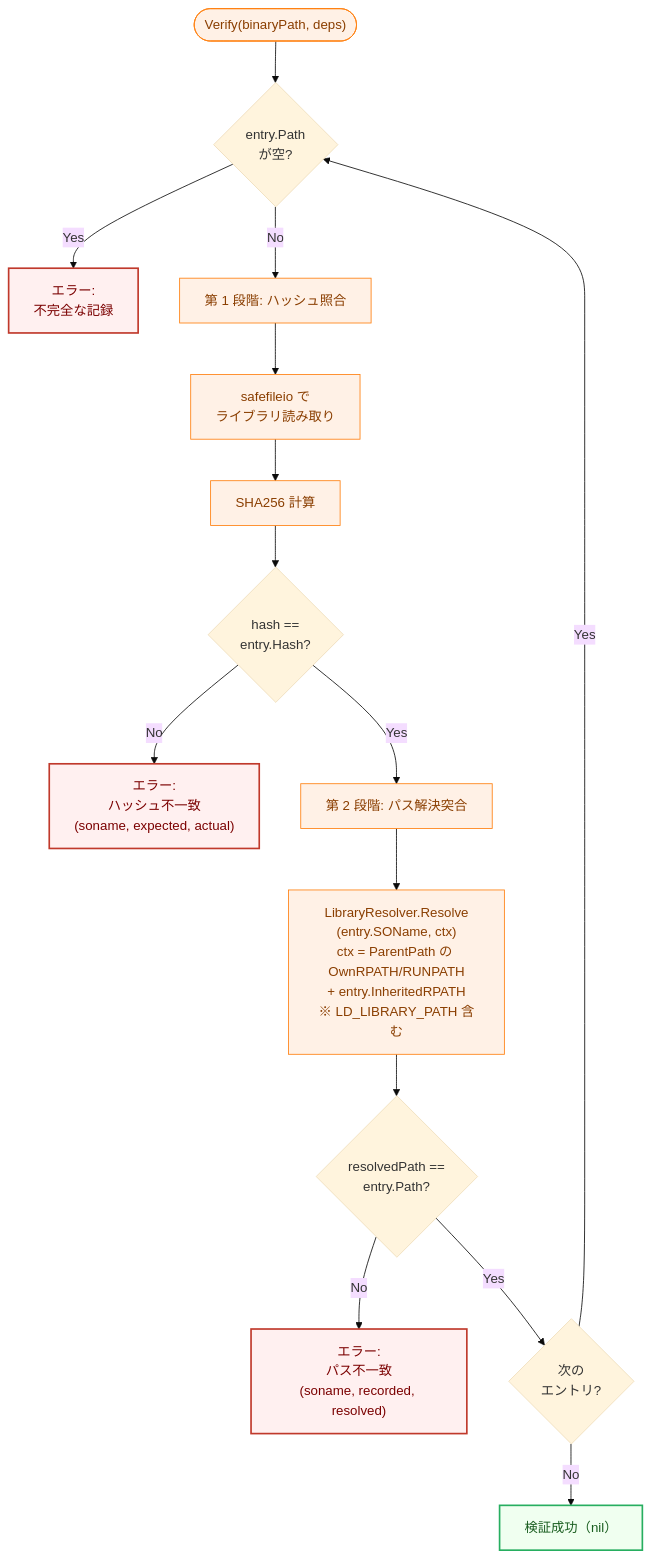
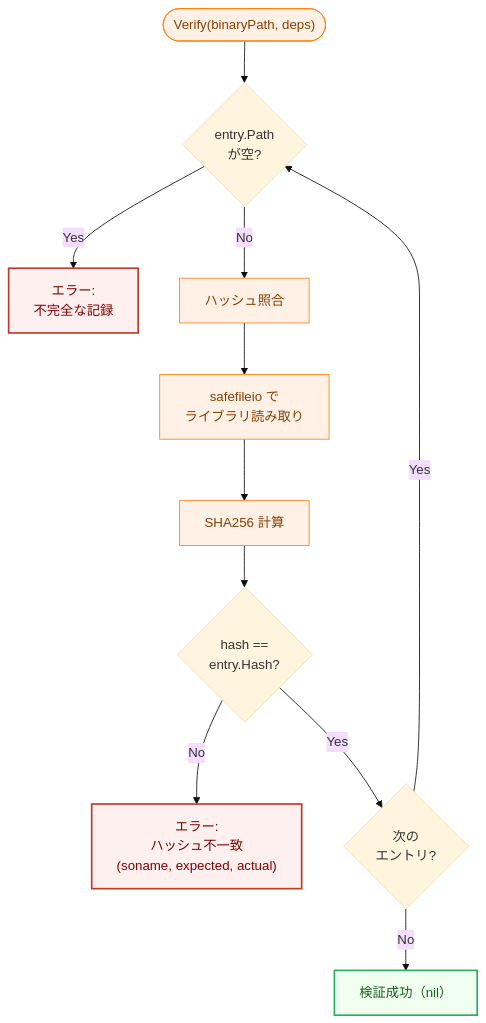
The seventh of 11 diagrams in docs/tasks/0074_elf_dynlib_integrity/02_architecture.md (isseis/go-safe-cmd-runner), drawn with Mermaid (base theme) before and after one commit. The commit also changed other lines of this file and 3 other files, not shown here.

First line of the commit message:
Update task docs to reflect CurrentSchemaVersion=2 and no-Stage-2 design

````diff
--- a/docs/tasks/0074_elf_dynlib_integrity/02_architecture.md
+++ b/docs/tasks/0074_elf_dynlib_integrity/02_architecture.md
@@ -510,43 +429,34 @@
 ```mermaid
 flowchart TD
     classDef process fill:#fff1e6,stroke:#ff7f0e,stroke-width:1px,color:#8a3e00;
     classDef highRisk fill:#fff0f0,stroke:#c0392b,stroke-width:2px,color:#7b0000;
     classDef safe fill:#f0fff0,stroke:#27ae60,stroke-width:2px,color:#1a5e20;
 
     Start(["Verify(binaryPath, deps)"])
     CheckEmpty{"entry.Path<br/>が空?"}
     EmptyError["エラー:<br/>不完全な記録"]
 
-    Stage1["第 1 段階: ハッシュ照合"]
+    HashCheck["ハッシュ照合"]
     ReadLib["safefileio で<br/>ライブラリ読み取り"]
     CalcHash["SHA256 計算"]
     CompareHash{"hash ==<br/>entry.Hash?"}
     HashError["エラー:<br/>ハッシュ不一致<br/>(soname, expected, actual)"]
-
-    Stage2["第 2 段階: パス解決突合"]
-    ReResolve["LibraryResolver.Resolve<br/>(entry.SOName, ctx)<br/>ctx = ParentPath の OwnRPATH/RUNPATH<br/>+ entry.InheritedRPATH<br/>※ LD_LIBRARY_PATH 含む"]
-    ComparePath{"resolvedPath ==<br/>entry.Path?"}
-    PathError["エラー:<br/>パス不一致<br/>(soname, recorded, resolved)"]
 
     NextEntry{"次の<br/>エントリ?"}
     AllPass["検証成功（nil）"]
 
     Start --> CheckEmpty
     CheckEmpty -->|"Yes"| EmptyError
-    CheckEmpty -->|"No"| Stage1
-    Stage1 --> ReadLib
+    CheckEmpty -->|"No"| HashCheck
+    HashCheck --> ReadLib
     ReadLib --> CalcHash
     CalcHash --> CompareHash
     CompareHash -->|"No"| HashError
-    CompareHash -->|"Yes"| Stage2
-    Stage2 --> ReResolve
-    ReResolve --> ComparePath
-    ComparePath -->|"No"| PathError
-    ComparePath -->|"Yes"| NextEntry
+    CompareHash -->|"Yes"| NextEntry
     NextEntry -->|"Yes"| CheckEmpty
     NextEntry -->|"No"| AllPass
 
-    class Start,Stage1,ReadLib,CalcHash,Stage2,ReResolve process;
-    class EmptyError,HashError,PathError highRisk;
+    class Start,HashCheck,ReadLib,CalcHash process;
+    class EmptyError,HashError highRisk;
     class AllPass safe;
 ```
````
